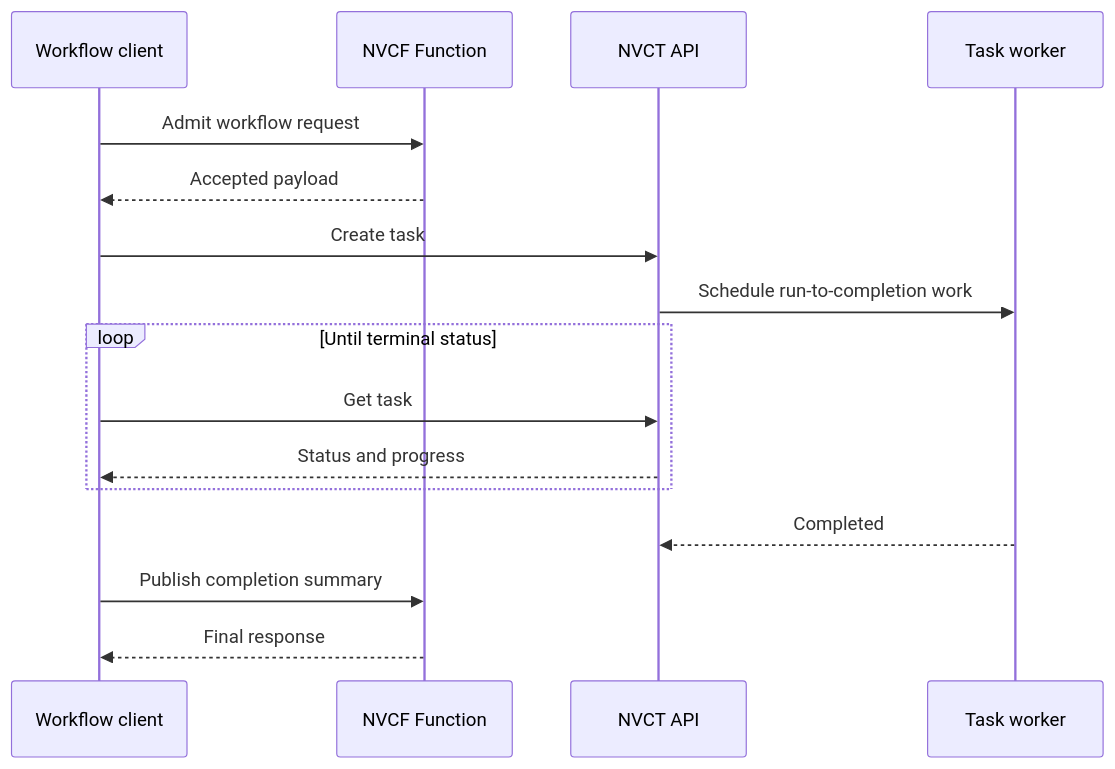
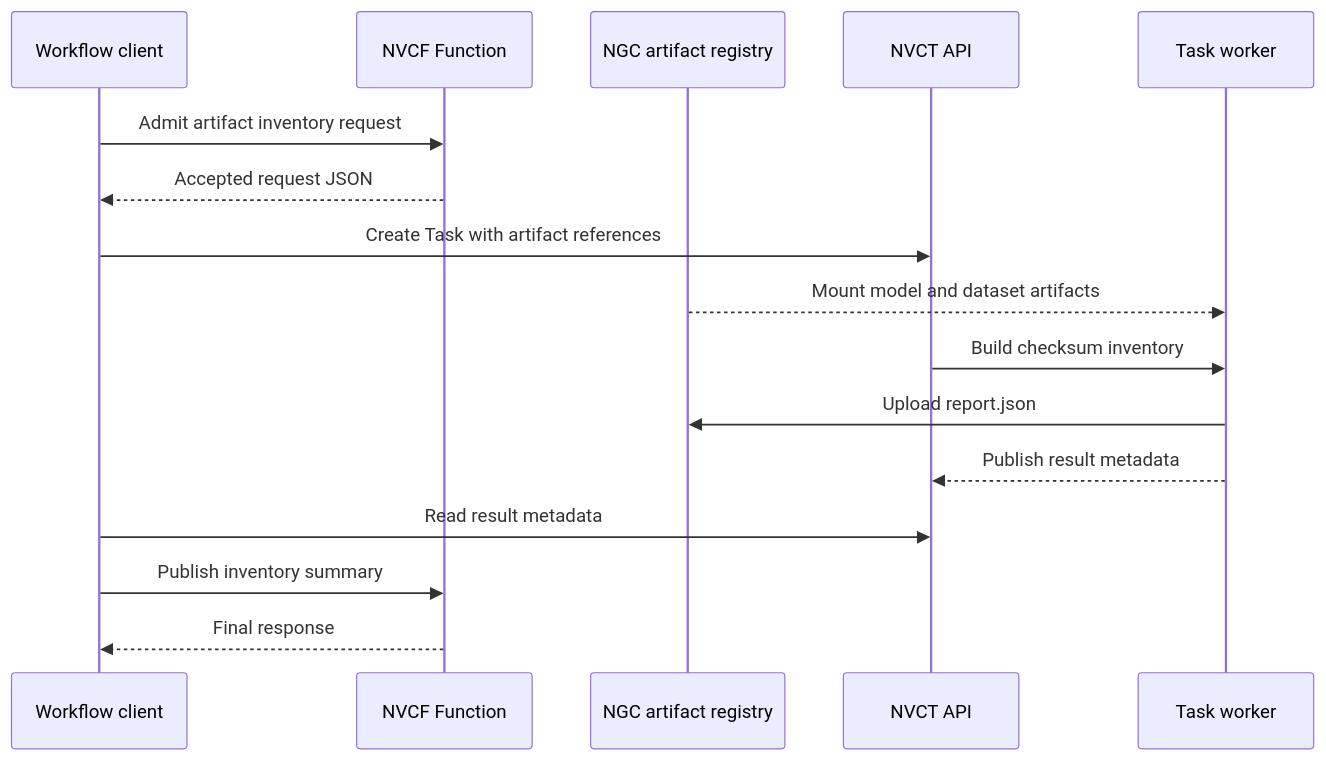
Before and after one commit to NVIDIA/nvcf: the diagram in examples/reference-architectures/function-task-pipeline/README.md, drawn with Mermaid. The commit also changed other lines of this file and 13 other files, not shown here.

First line of the commit message:
feat(examples): add model artifact inventory pipeline

````diff
--- a/examples/reference-architectures/function-task-pipeline/README.md
+++ b/examples/reference-architectures/function-task-pipeline/README.md
@@ -15,19 +19,19 @@
 ```mermaid
 sequenceDiagram
     participant Client as Workflow client
     participant Function as NVCF Function
+    participant Registry as NGC artifact registry
     participant TaskAPI as NVCT API
     participant Worker as Task worker
 
-    Client->>Function: Admit workflow request
-    Function-->>Client: Accepted payload
-    Client->>TaskAPI: Create task
-    TaskAPI->>Worker: Schedule run-to-completion work
-    loop Until terminal status
-        Client->>TaskAPI: Get task
-        TaskAPI-->>Client: Status and progress
-    end
-    Worker-->>TaskAPI: Completed
-    Client->>Function: Publish completion summary
+    Client->>Function: Admit artifact inventory request
+    Function-->>Client: Accepted request JSON
+    Client->>TaskAPI: Create Task with artifact references
+    Registry-->>Worker: Mount model and dataset artifacts
+    TaskAPI->>Worker: Build checksum inventory
+    Worker->>Registry: Upload report.json
+    Worker-->>TaskAPI: Publish result metadata
+    Client->>TaskAPI: Read result metadata
+    Client->>Function: Publish inventory summary
     Function-->>Client: Final response
 ```
````
